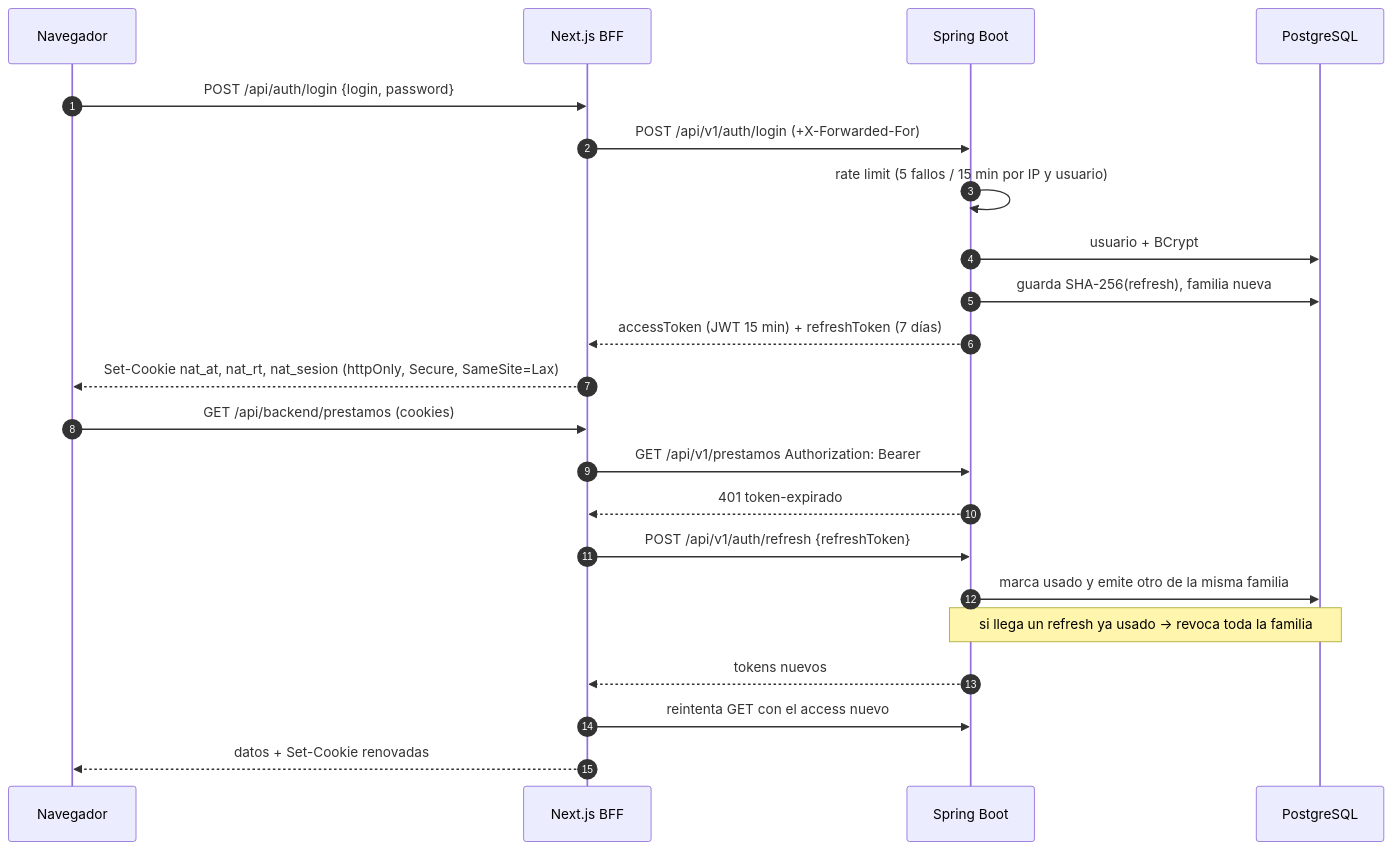
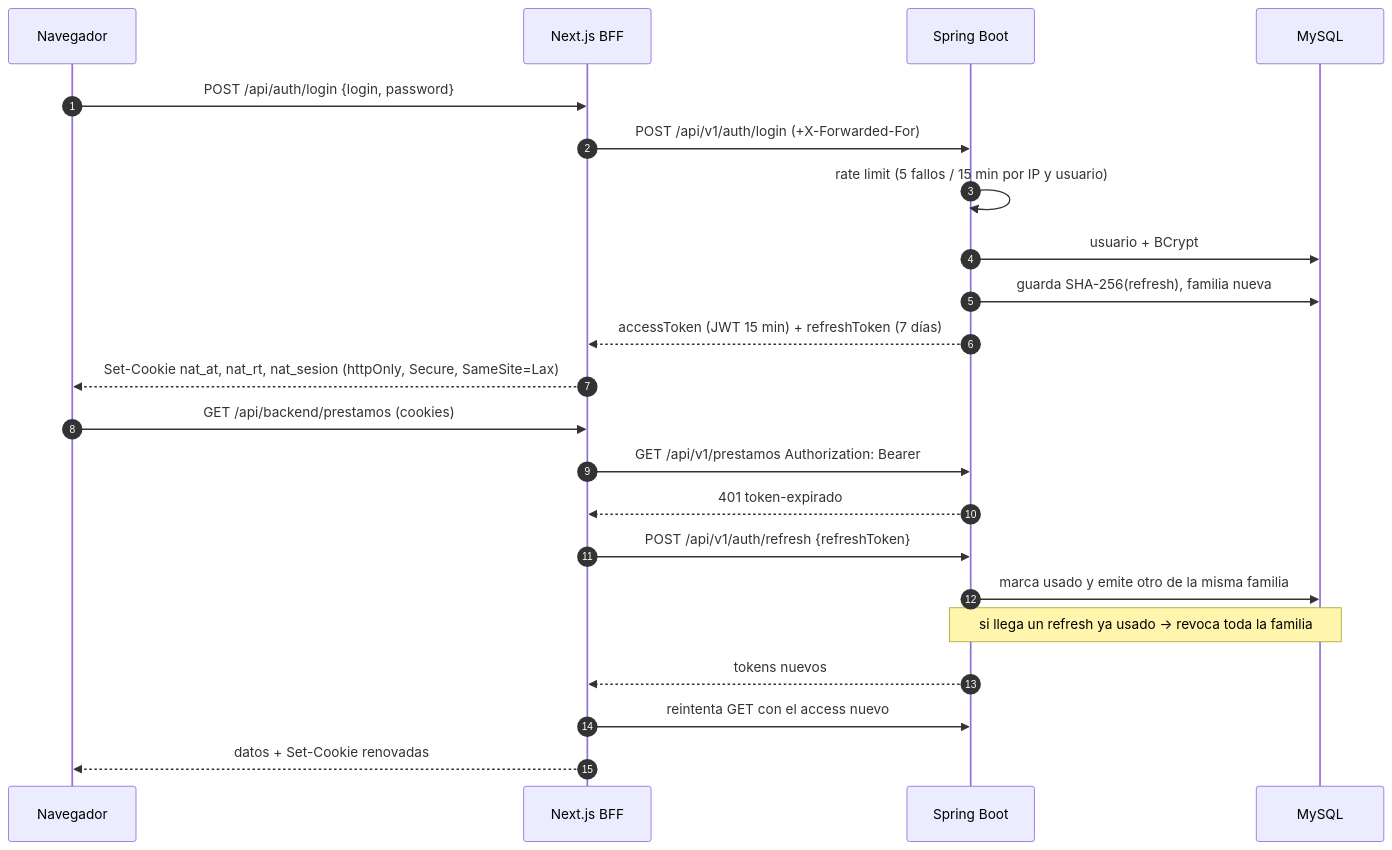
Before and after one commit to johnjavale/Natillera: the fourth of 4 diagrams in ARQUITECTURA.md, drawn with Mermaid. The commit also changed other lines of this file and 19 other files, not shown here.

First line of the commit message:
Migrar la base de datos de PostgreSQL a MySQL 8

````diff
--- a/ARQUITECTURA.md
+++ b/ARQUITECTURA.md
@@ -137,24 +137,24 @@
 ```mermaid
 sequenceDiagram
     autonumber
     participant N as Navegador
     participant F as Next.js BFF
     participant B as Spring Boot
-    participant D as PostgreSQL
+    participant D as MySQL
     N->>F: POST /api/auth/login {login, password}
     F->>B: POST /api/v1/auth/login (+X-Forwarded-For)
     B->>B: rate limit (5 fallos / 15 min por IP y usuario)
     B->>D: usuario + BCrypt
     B->>D: guarda SHA-256(refresh), familia nueva
     B-->>F: accessToken (JWT 15 min) + refreshToken (7 días)
     F-->>N: Set-Cookie nat_at, nat_rt, nat_sesion (httpOnly, Secure, SameSite=Lax)
     N->>F: GET /api/backend/prestamos (cookies)
     F->>B: GET /api/v1/prestamos Authorization: Bearer
     B-->>F: 401 token-expirado
     F->>B: POST /api/v1/auth/refresh {refreshToken}
     B->>D: marca usado y emite otro de la misma familia
     Note over B,D: si llega un refresh ya usado → revoca toda la familia
     B-->>F: tokens nuevos
     F->>B: reintenta GET con el access nuevo
     F-->>N: datos + Set-Cookie renovadas
 ```
````
